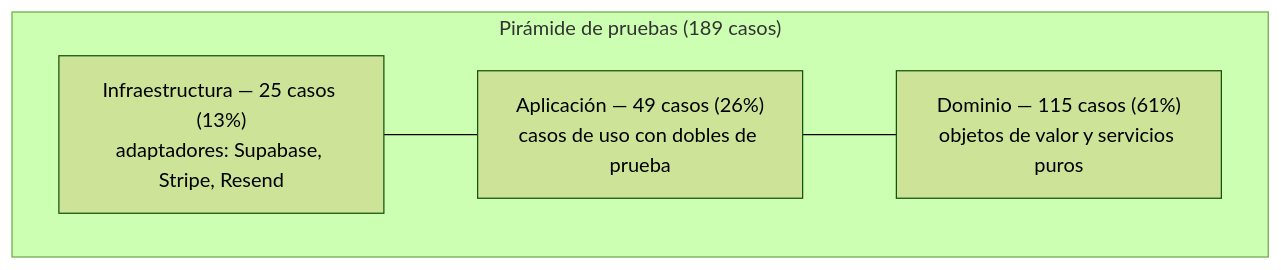
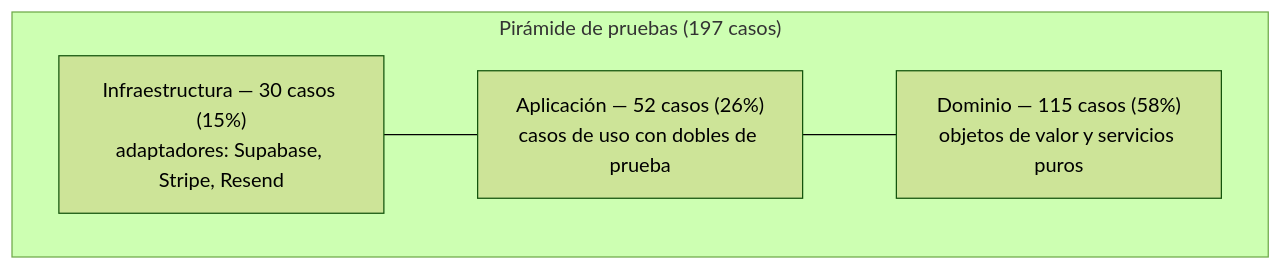
The diagram in docs/memoria/06-pruebas-calidad.md (Ogires/reservas-chanantes), drawn with Mermaid (forest theme) before and after one commit. The commit also changed other lines of this file and 9 other files, not shown here.

````diff
--- a/docs/memoria/06-pruebas-calidad.md
+++ b/docs/memoria/06-pruebas-calidad.md
@@ -29,9 +29,9 @@
 ```mermaid
 flowchart TB
-    subgraph Pyramid["Pirámide de pruebas (189 casos)"]
-        I["Infraestructura — 25 casos (13%)<br/>adaptadores: Supabase, Stripe, Resend"]
-        A["Aplicación — 49 casos (26%)<br/>casos de uso con dobles de prueba"]
-        D["Dominio — 115 casos (61%)<br/>objetos de valor y servicios puros"]
+    subgraph Pyramid["Pirámide de pruebas (197 casos)"]
+        I["Infraestructura — 30 casos (15%)<br/>adaptadores: Supabase, Stripe, Resend"]
+        A["Aplicación — 52 casos (26%)<br/>casos de uso con dobles de prueba"]
+        D["Dominio — 115 casos (58%)<br/>objetos de valor y servicios puros"]
     end
     I --- A --- D
 ```
````
